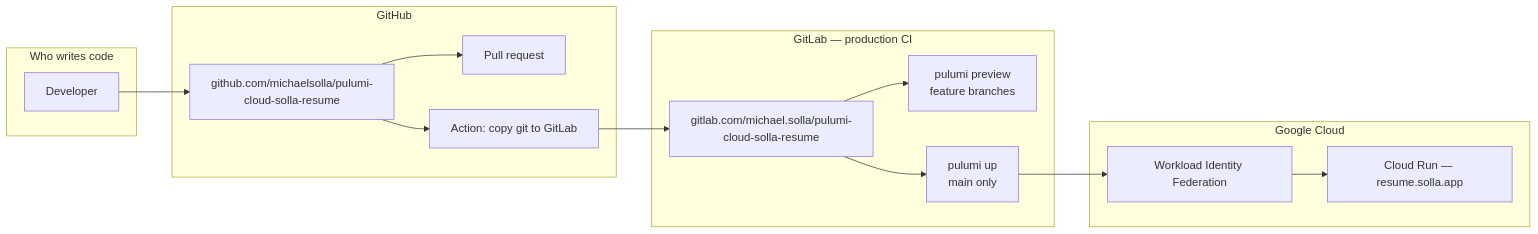
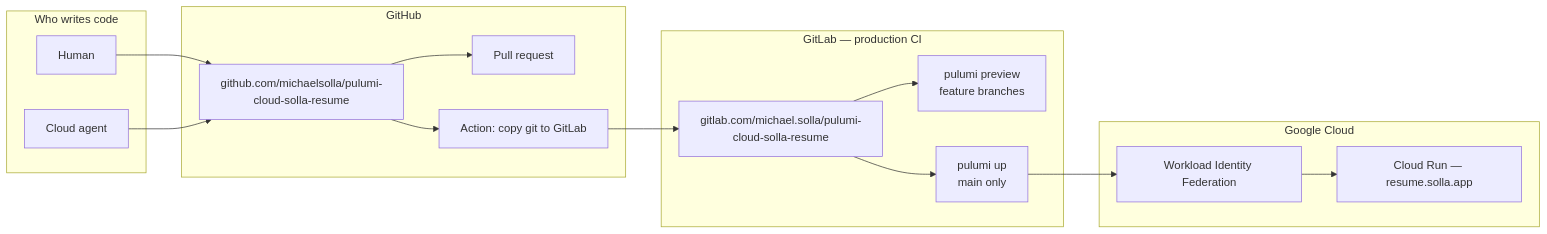
One commit to michaelsolla/pulumi-cloud-solla-resume changed the first of 3 diagrams in docs/FORGES.md. Above: the diagram before and after it, drawn with Mermaid. The commit also changed other lines of this file and 5 other files, not shown here.

First line of the commit message:
docs: show humans and cloud agents as first-class on the diagrams

````diff
--- a/docs/FORGES.md
+++ b/docs/FORGES.md
@@ -12,32 +12,34 @@
 ```mermaid
 flowchart LR
   subgraph people [Who writes code]
-    Dev[Developer]
+    Human[Human]
+    Agent[Cloud agent]
   end
 
   subgraph github [GitHub]
     GHRepo[github.com/michaelsolla/pulumi-cloud-solla-resume]
     GHPR[Pull request]
     Copy[Action: copy git to GitLab]
   end
 
   subgraph gitlab [GitLab — production CI]
     GLRepo[gitlab.com/michael.solla/pulumi-cloud-solla-resume]
     Preview["pulumi preview<br/>feature branches"]
     Deploy["pulumi up<br/>main only"]
   end
 
   subgraph gcp [Google Cloud]
     WIF[Workload Identity Federation]
     CR[Cloud Run — resume.solla.app]
   end
 
-  Dev --> GHRepo
+  Human --> GHRepo
+  Agent --> GHRepo
   GHRepo --> GHPR
   GHRepo --> Copy
   Copy --> GLRepo
   GLRepo --> Preview
   GLRepo --> Deploy
   Deploy --> WIF
   WIF --> CR
 ```
````
